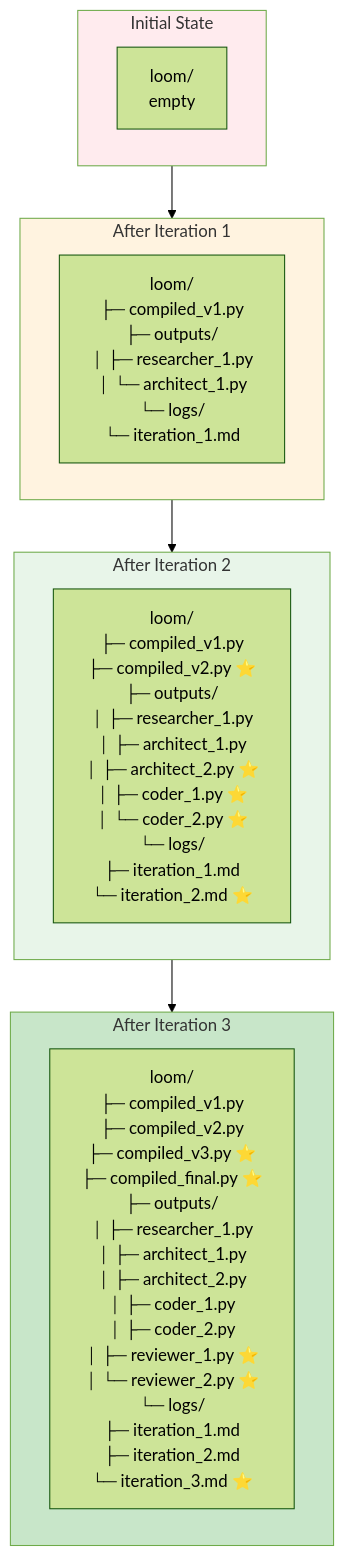
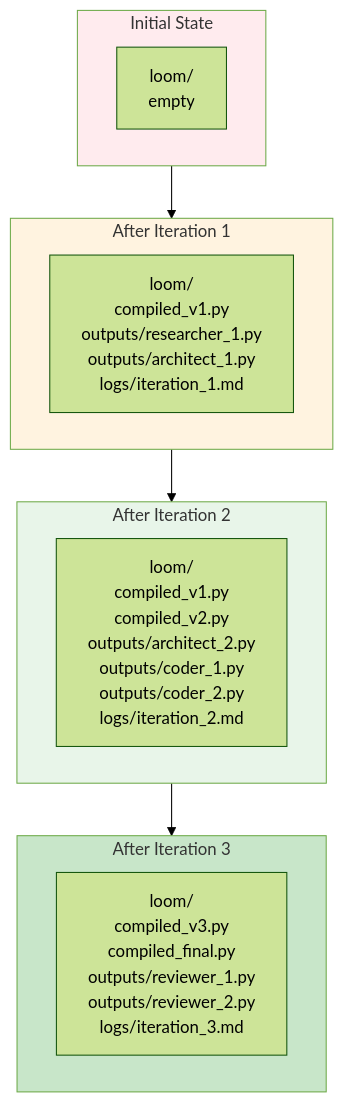
One commit to steelheadforever/Loom changed the ninth of 9 diagrams in DIAGRAMS.md. Above: the diagram before and after it, drawn with Mermaid (forest theme). The commit also changed other lines of this file and 9 other files, not shown here.

````diff
--- a/DIAGRAMS.md
+++ b/DIAGRAMS.md
@@ -425,27 +359,27 @@
 ```mermaid
 graph TD
     subgraph Init["Initial State"]
         I1[loom/<br/>empty]
     end
 
     subgraph After_I1["After Iteration 1"]
-        A1[loom/<br/>├─ compiled_v1.py<br/>├─ outputs/<br/>│  ├─ researcher_1.py<br/>│  └─ architect_1.py<br/>└─ logs/<br/>   └─ iteration_1.md]
+        A1[loom/<br/>compiled_v1.py<br/>outputs/researcher_1.py<br/>outputs/architect_1.py<br/>logs/iteration_1.md]
     end
 
     subgraph After_I2["After Iteration 2"]
-        A2[loom/<br/>├─ compiled_v1.py<br/>├─ compiled_v2.py ⭐<br/>├─ outputs/<br/>│  ├─ researcher_1.py<br/>│  ├─ architect_1.py<br/>│  ├─ architect_2.py ⭐<br/>│  ├─ coder_1.py ⭐<br/>│  └─ coder_2.py ⭐<br/>└─ logs/<br/>   ├─ iteration_1.md<br/>   └─ iteration_2.md ⭐]
+        A2[loom/<br/>compiled_v1.py<br/>compiled_v2.py<br/>outputs/architect_2.py<br/>outputs/coder_1.py<br/>outputs/coder_2.py<br/>logs/iteration_2.md]
     end
 
     subgraph After_I3["After Iteration 3"]
-        A3[loom/<br/>├─ compiled_v1.py<br/>├─ compiled_v2.py<br/>├─ compiled_v3.py ⭐<br/>├─ compiled_final.py ⭐<br/>├─ outputs/<br/>│  ├─ researcher_1.py<br/>│  ├─ architect_1.py<br/>│  ├─ architect_2.py<br/>│  ├─ coder_1.py<br/>│  ├─ coder_2.py<br/>│  ├─ reviewer_1.py ⭐<br/>│  └─ reviewer_2.py ⭐<br/>└─ logs/<br/>   ├─ iteration_1.md<br/>   ├─ iteration_2.md<br/>   └─ iteration_3.md ⭐]
+        A3[loom/<br/>compiled_v3.py<br/>compiled_final.py<br/>outputs/reviewer_1.py<br/>outputs/reviewer_2.py<br/>logs/iteration_3.md]
     end
 
     Init --> After_I1
     After_I1 --> After_I2
     After_I2 --> After_I3
 
     style Init fill:#ffebee
     style After_I1 fill:#fff3e0
     style After_I2 fill:#e8f5e9
     style After_I3 fill:#c8e6c9
 ```
````
